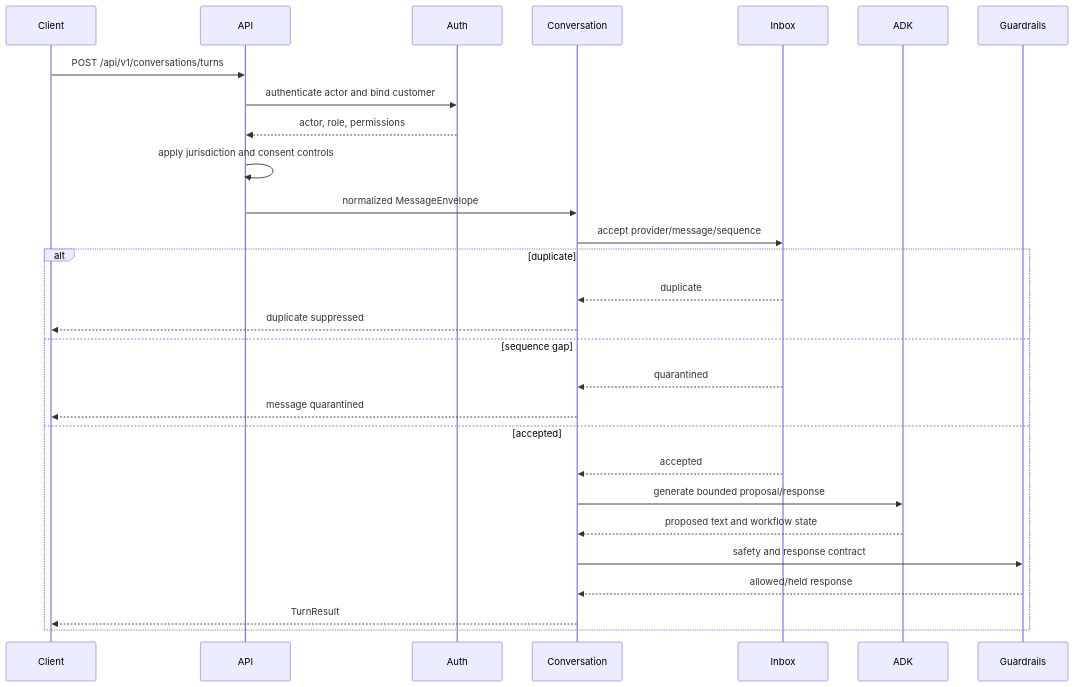
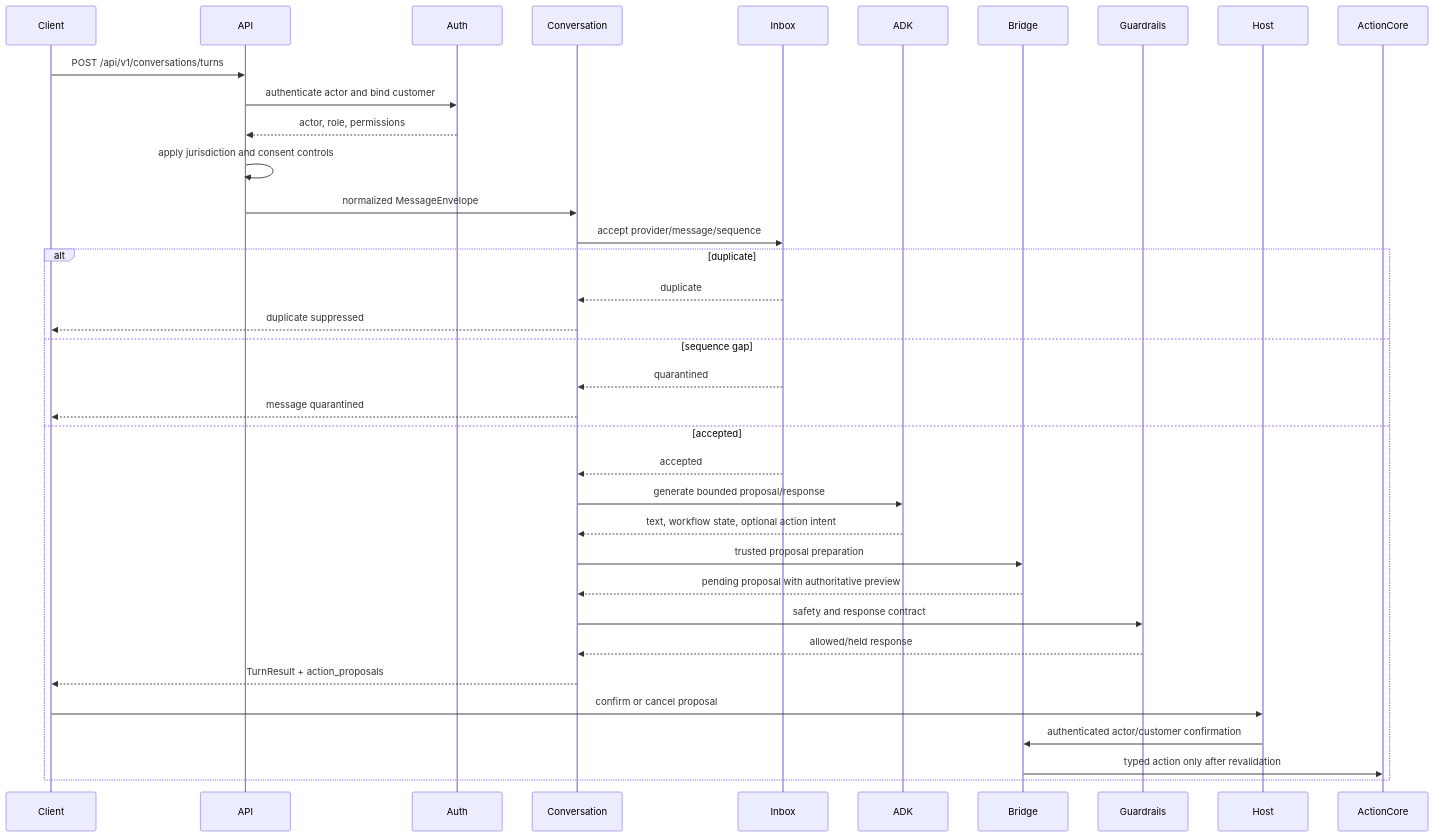
One commit to spkc83/llm-powered-workflow-engine changed the fourth of 8 diagrams in docs/architecture.md. Above: the diagram before and after it, drawn with Mermaid. The commit also changed other lines of this file and 64 other files, not shown here.

Commit message:
Release v3.2 conversational action bridge

````diff
--- a/docs/architecture.md
+++ b/docs/architecture.md
@@ -262,31 +276,39 @@
 ```mermaid
 sequenceDiagram
     participant Client
     participant API
     participant Auth
     participant Conversation
     participant Inbox
     participant ADK
+    participant Bridge
     participant Guardrails
+    participant Host
+    participant ActionCore
 
     Client->>API: POST /api/v1/conversations/turns
     API->>Auth: authenticate actor and bind customer
     Auth-->>API: actor, role, permissions
     API->>API: apply jurisdiction and consent controls
     API->>Conversation: normalized MessageEnvelope
     Conversation->>Inbox: accept provider/message/sequence
     alt duplicate
         Inbox-->>Conversation: duplicate
         Conversation-->>Client: duplicate suppressed
     else sequence gap
         Inbox-->>Conversation: quarantined
         Conversation-->>Client: message quarantined
     else accepted
         Inbox-->>Conversation: accepted
         Conversation->>ADK: generate bounded proposal/response
-        ADK-->>Conversation: proposed text and workflow state
+        ADK-->>Conversation: text, workflow state, optional action intent
+        Conversation->>Bridge: trusted proposal preparation
+        Bridge-->>Conversation: pending proposal with authoritative preview
         Conversation->>Guardrails: safety and response contract
         Guardrails-->>Conversation: allowed/held response
-        Conversation-->>Client: TurnResult
+        Conversation-->>Client: TurnResult + action_proposals
+        Client->>Host: confirm or cancel proposal
+        Host->>Bridge: authenticated actor/customer confirmation
+        Bridge->>ActionCore: typed action only after revalidation
     end
 ```
````
